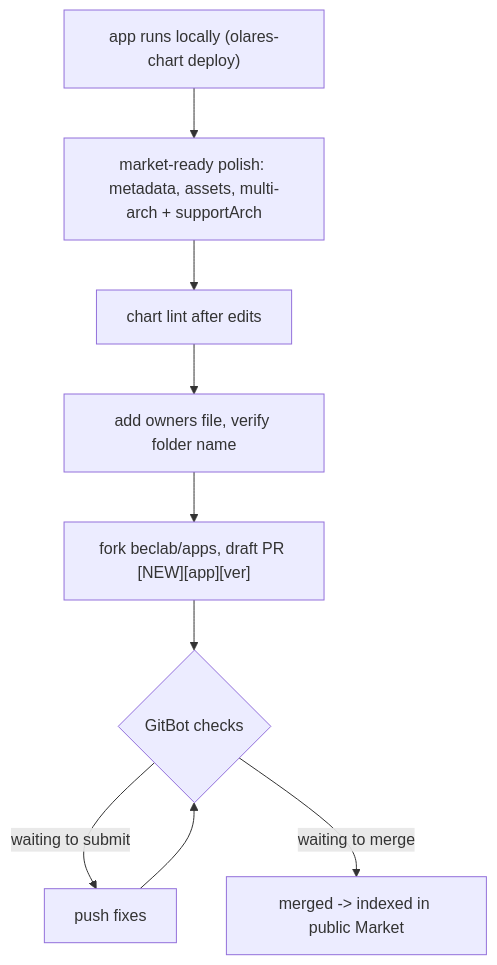
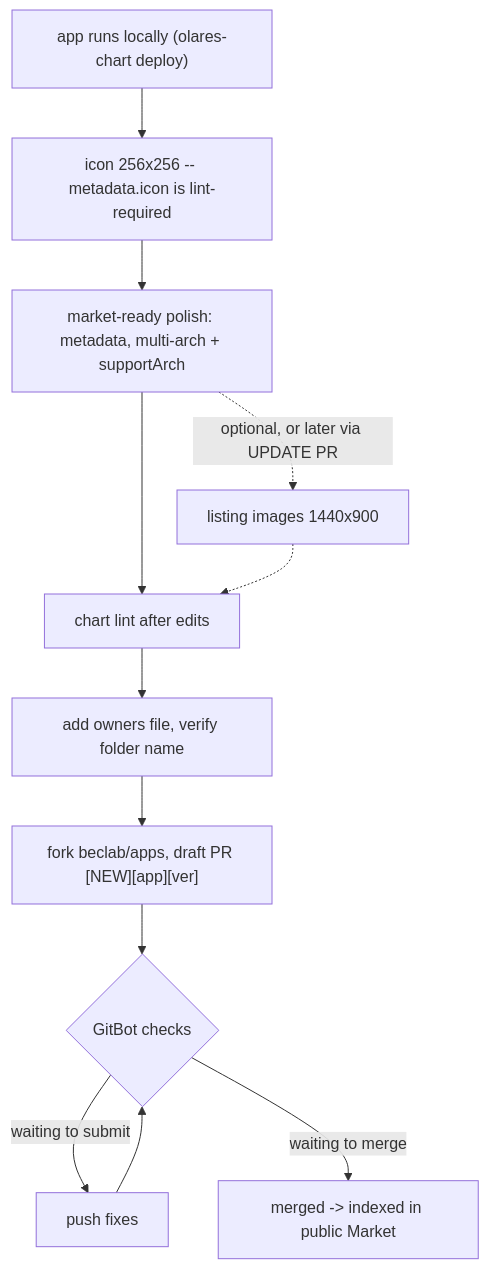
One commit to beclab/Olares changed the diagram in cli/skills/olares-publish/SKILL.md. Above: the diagram before and after it, drawn with Mermaid. The commit also changed other lines of this file and 303 other files, not shown here.

````diff
--- a/cli/skills/olares-publish/SKILL.md
+++ b/cli/skills/olares-publish/SKILL.md
@@ -48,11 +54,14 @@
 ```mermaid
 flowchart TD
-  runs["app runs locally (olares-chart deploy)"] --> polish["market-ready polish: metadata, assets, multi-arch + supportArch"]
+  runs["app runs locally (olares-chart deploy)"] --> icon["icon 256x256 -- metadata.icon is lint-required"]
+  icon --> polish["market-ready polish: metadata, multi-arch + supportArch"]
   polish --> relint["chart lint after edits"]
   relint --> owners["add owners file, verify folder name"]
   owners --> pr["fork beclab/apps, draft PR [NEW][app][ver]"]
   pr --> gitbot{"GitBot checks"}
   gitbot -->|waiting to submit| fix["push fixes"]
   fix --> gitbot
   gitbot -->|waiting to merge| merged["merged -> indexed in public Market"]
+  polish -.->|"optional, or later via UPDATE PR"| images["listing images 1440x900"]
+  images -.-> relint
 ```
````
